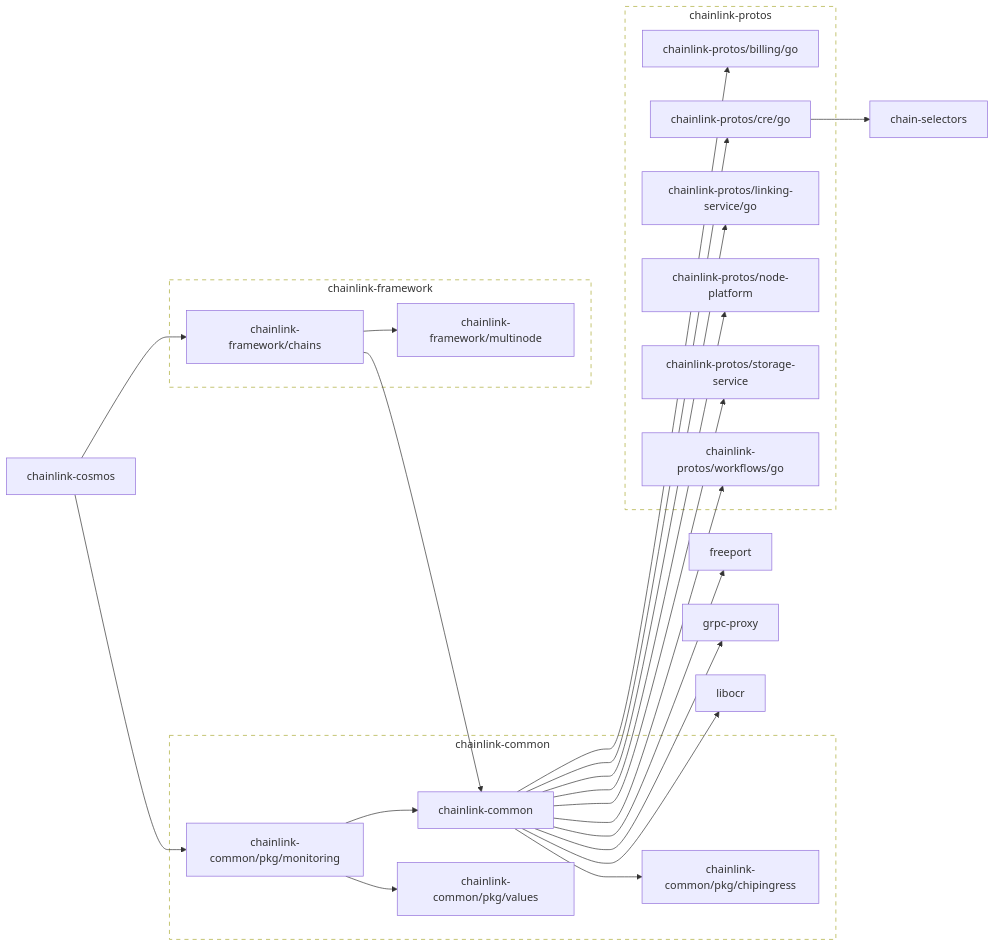
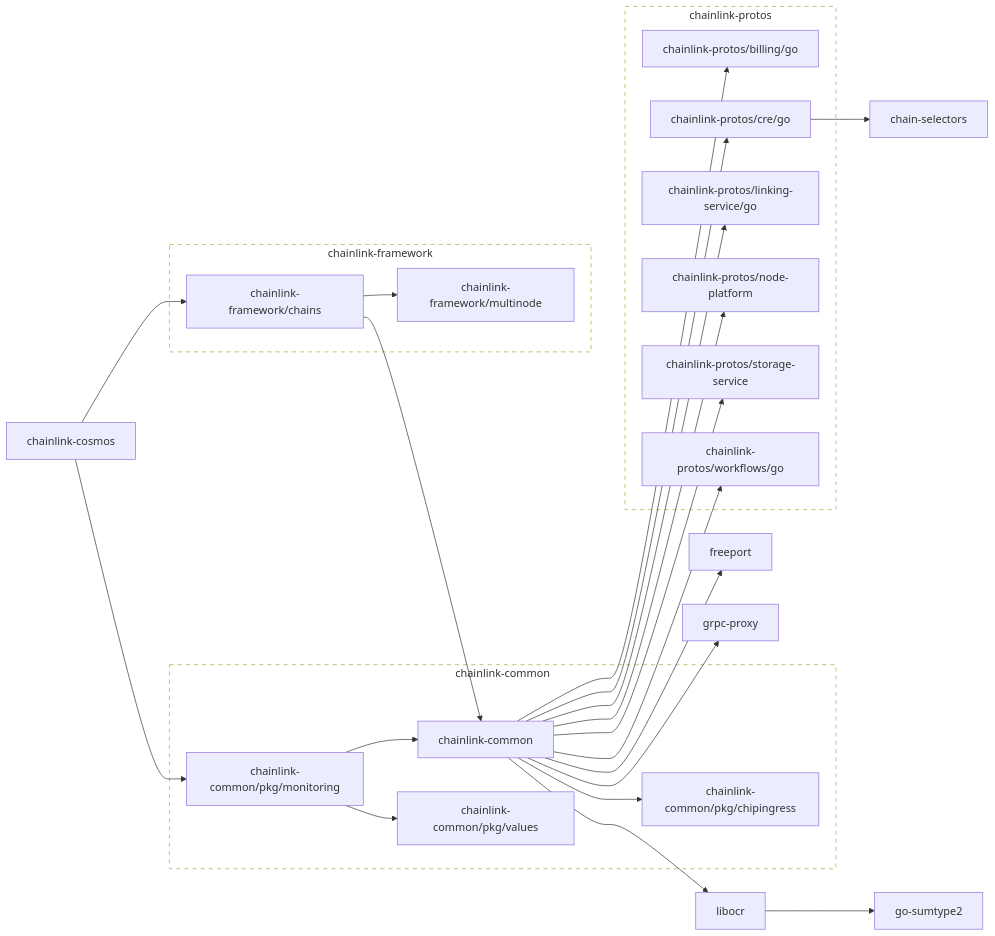
One commit to smartcontractkit/chainlink-cosmos changed the first of 2 diagrams in go.md. Above: the diagram before and after it, drawn with Mermaid. The commit also changed other lines of this file, not shown here.

````diff
--- a/go.md
+++ b/go.md
@@ -3,77 +3,79 @@
 ```mermaid
 flowchart LR
 
 	chain-selectors
 	click chain-selectors href "https://github.com/smartcontractkit/chain-selectors"
 	chainlink-common --> chainlink-common/pkg/chipingress
 	chainlink-common --> chainlink-protos/billing/go
 	chainlink-common --> chainlink-protos/cre/go
 	chainlink-common --> chainlink-protos/linking-service/go
 	chainlink-common --> chainlink-protos/node-platform
 	chainlink-common --> chainlink-protos/storage-service
 	chainlink-common --> chainlink-protos/workflows/go
 	chainlink-common --> freeport
 	chainlink-common --> grpc-proxy
 	chainlink-common --> libocr
 	click chainlink-common href "https://github.com/smartcontractkit/chainlink-common"
 	chainlink-common/pkg/chipingress
 	click chainlink-common/pkg/chipingress href "https://github.com/smartcontractkit/chainlink-common"
 	chainlink-common/pkg/monitoring --> chainlink-common
 	chainlink-common/pkg/monitoring --> chainlink-common/pkg/values
 	click chainlink-common/pkg/monitoring href "https://github.com/smartcontractkit/chainlink-common"
 	chainlink-common/pkg/values
 	click chainlink-common/pkg/values href "https://github.com/smartcontractkit/chainlink-common"
 	chainlink-cosmos --> chainlink-common/pkg/monitoring
 	chainlink-cosmos --> chainlink-framework/chains
 	click chainlink-cosmos href "https://github.com/smartcontractkit/chainlink-cosmos"
 	chainlink-framework/chains --> chainlink-common
 	chainlink-framework/chains --> chainlink-framework/multinode
 	click chainlink-framework/chains href "https://github.com/smartcontractkit/chainlink-framework"
 	chainlink-framework/multinode
 	click chainlink-framework/multinode href "https://github.com/smartcontractkit/chainlink-framework"
 	chainlink-protos/billing/go
 	click chainlink-protos/billing/go href "https://github.com/smartcontractkit/chainlink-protos"
 	chainlink-protos/cre/go --> chain-selectors
 	click chainlink-protos/cre/go href "https://github.com/smartcontractkit/chainlink-protos"
 	chainlink-protos/linking-service/go
 	click chainlink-protos/linking-service/go href "https://github.com/smartcontractkit/chainlink-protos"
 	chainlink-protos/node-platform
 	click chainlink-protos/node-platform href "https://github.com/smartcontractkit/chainlink-protos"
 	chainlink-protos/storage-service
 	click chainlink-protos/storage-service href "https://github.com/smartcontractkit/chainlink-protos"
 	chainlink-protos/workflows/go
 	click chainlink-protos/workflows/go href "https://github.com/smartcontractkit/chainlink-protos"
 	freeport
 	click freeport href "https://github.com/smartcontractkit/freeport"
+	go-sumtype2
+	click go-sumtype2 href "https://github.com/smartcontractkit/go-sumtype2"
 	grpc-proxy
 	click grpc-proxy href "https://github.com/smartcontractkit/grpc-proxy"
-	libocr
+	libocr --> go-sumtype2
 	click libocr href "https://github.com/smartcontractkit/libocr"
 
 	subgraph chainlink-common-repo[chainlink-common]
 		 chainlink-common
 		 chainlink-common/pkg/chipingress
 		 chainlink-common/pkg/monitoring
 		 chainlink-common/pkg/values
 	end
 	click chainlink-common-repo href "https://github.com/smartcontractkit/chainlink-common"
 
 	subgraph chainlink-framework-repo[chainlink-framework]
 		 chainlink-framework/chains
 		 chainlink-framework/multinode
 	end
 	click chainlink-framework-repo href "https://github.com/smartcontractkit/chainlink-framework"
 
 	subgraph chainlink-protos-repo[chainlink-protos]
 		 chainlink-protos/billing/go
 		 chainlink-protos/cre/go
 		 chainlink-protos/linking-service/go
 		 chainlink-protos/node-platform
 		 chainlink-protos/storage-service
 		 chainlink-protos/workflows/go
 	end
 	click chainlink-protos-repo href "https://github.com/smartcontractkit/chainlink-protos"
 
 	classDef outline stroke-dasharray:6,fill:none;
 	class chainlink-common-repo,chainlink-framework-repo,chainlink-protos-repo outline
 ```
````
